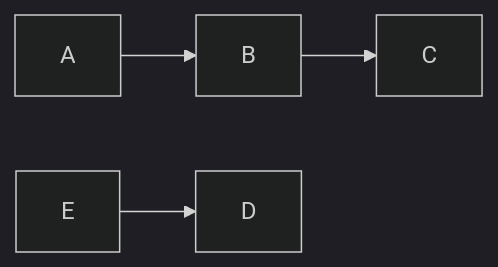
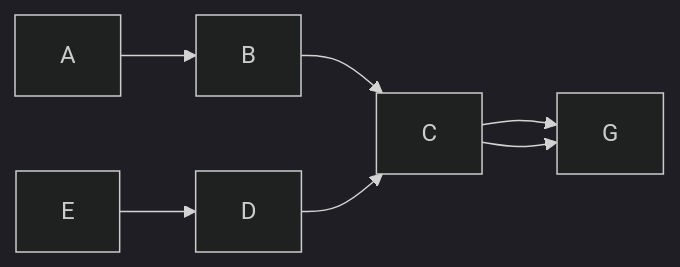
Before and after one commit to CarstenSavage47/data-analytics: the first of 4 diagrams in Mermaid_Test.md, drawn with Mermaid (dark theme).

Commit message:
Making some new edits

````diff
--- a/Mermaid_Test.md
+++ b/Mermaid_Test.md
@@ -2,5 +2,5 @@
 ```mermaid
 flowchart LR 
-    A --> B --> C
-    E --> D
+    A --> B --> C --> G
+    E --> D --> C --> G
 ```
````
